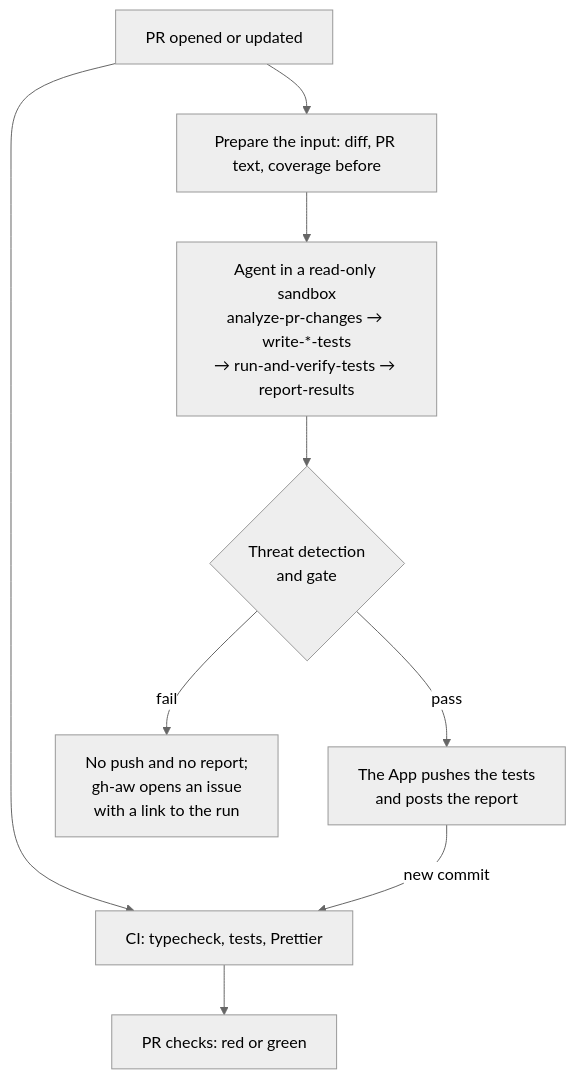
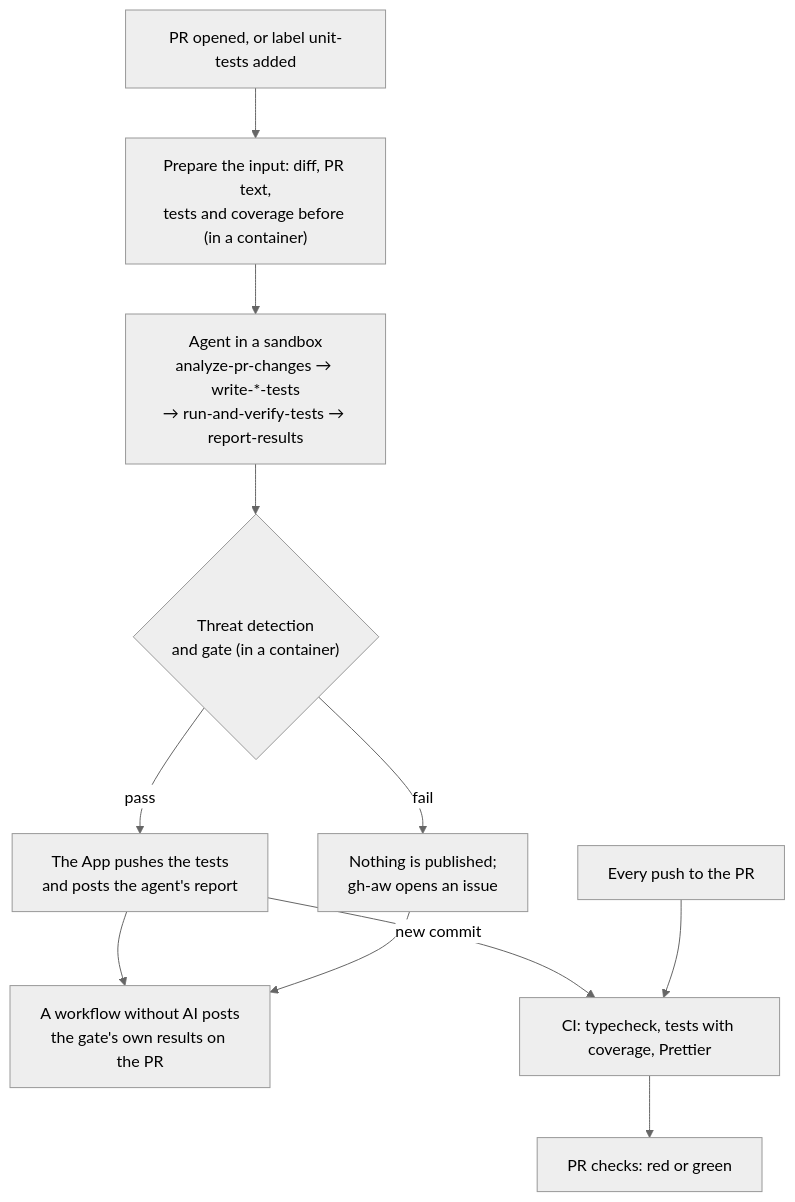
The diagram in SOLUTION.md (veraokhrimenko/taskly-unit-test-agent), drawn with Mermaid (neutral theme) before and after one commit. The commit also changed other lines of this file, not shown here.

````diff
--- a/SOLUTION.md
+++ b/SOLUTION.md
@@ -74,11 +78,13 @@
 ```mermaid
 flowchart TD
-    PR["PR opened or updated"] --> CI["CI: typecheck, tests, Prettier"]
-    PR --> P["Prepare the input: diff, PR text, coverage before"]
-    P --> G["Agent in a read-only sandbox<br/>analyze-pr-changes → write-*-tests<br/>→ run-and-verify-tests → report-results"]
-    G --> D{"Threat detection<br/>and gate"}
-    D -- pass --> S["The App pushes the tests<br/>and posts the report"]
-    D -- fail --> X["No push and no report;<br/>gh-aw opens an issue<br/>with a link to the run"]
-    S -- new commit --> CI
+    PR["PR opened, or label unit-tests added"] --> P["Prepare the input: diff, PR text,<br/>tests and coverage before (in a container)"]
+    P --> G["Agent in a sandbox<br/>analyze-pr-changes → write-*-tests<br/>→ run-and-verify-tests → report-results"]
+    G --> D{"Threat detection<br/>and gate (in a container)"}
+    D -- pass --> S["The App pushes the tests<br/>and posts the agent's report"]
+    D -- fail --> X["Nothing is published;<br/>gh-aw opens an issue"]
+    S --> C["A workflow without AI posts<br/>the gate's own results on the PR"]
+    X --> C
+    S -- new commit --> CI["CI: typecheck, tests with coverage, Prettier"]
+    PUSH["Every push to the PR"] --> CI
     CI --> R["PR checks: red or green"]
 ```
````
